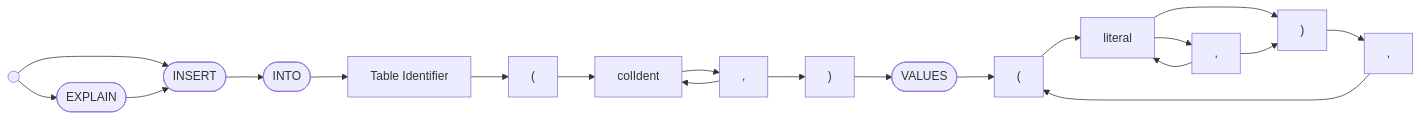
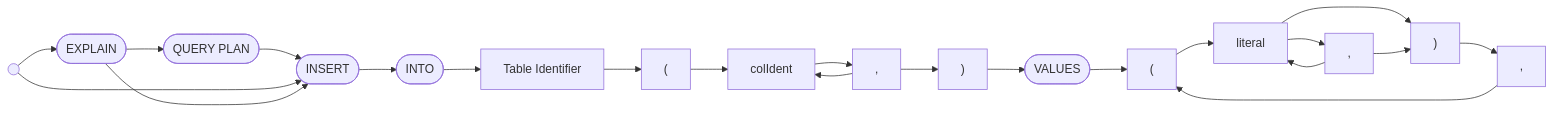
One commit to chirst/cdb changed the third of 4 diagrams in README.md. Above: the diagram before and after it, drawn with Mermaid. The commit also changed other lines of this file and 17 other files, not shown here.

Commit message:
Introduce logical query plan with EXPLAIN QUERY PLAN (#4)

````diff
--- a/README.md
+++ b/README.md
@@ -68,37 +74,40 @@
 ```mermaid
 graph LR
 begin(( ))
 explain([EXPLAIN])
+queryPlan([QUERY PLAN])
 insert([INSERT])
 into([INTO])
 tableIdent["Table Identifier"]
 lparen["("]
 rparen[")"]
 colSep[","]
 values([VALUES])
 lparen2["("]
 rparen2[")"]
 colSep2[","]
 literal["literal"]
 valSep[","]
 
 begin --> explain
+explain --> queryPlan
+queryPlan --> insert
 begin --> insert
 explain --> insert
 insert --> into
 into --> tableIdent
 tableIdent --> lparen
 lparen --> colIdent
 colIdent --> colSep
 colSep --> colIdent
 colSep --> rparen
 rparen --> values
 values --> lparen2
 lparen2 --> literal
 literal --> colSep2
 colSep2 --> literal
 literal --> rparen2
 colSep2 --> rparen2
 rparen2 --> valSep
 valSep --> lparen2
 ```
````
